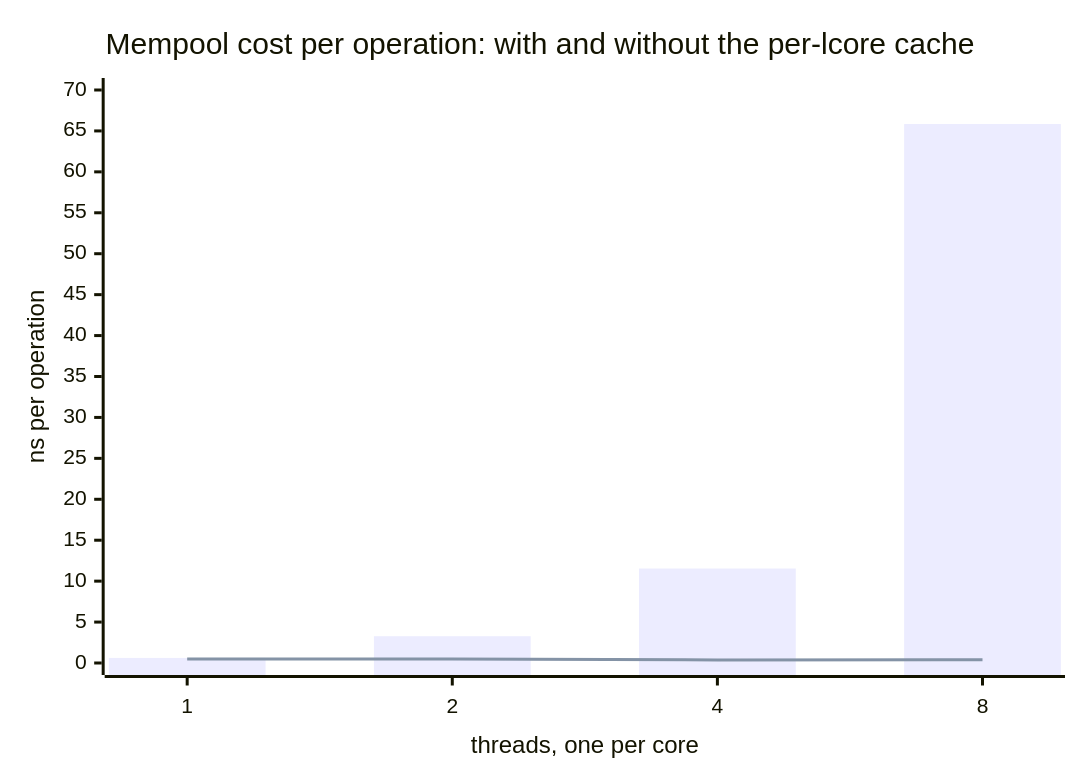
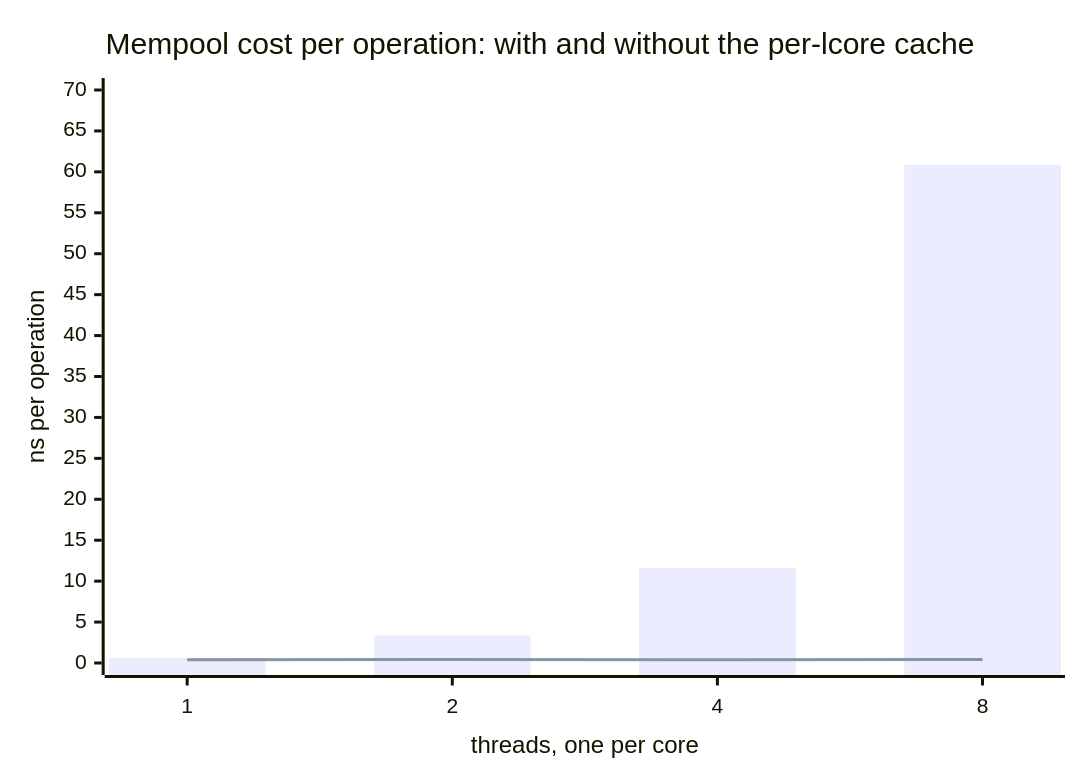
The second of 2 diagrams in trilha/01-fundamentos/02-mempool-ring/alternativas/cpp23/README.en.md (hroberto/labs-dpdk-academy), drawn with Mermaid before and after one commit. The commit also changed other lines of this file and 42 other files, not shown here.

````diff
--- a/trilha/01-fundamentos/02-mempool-ring/alternativas/cpp23/README.en.md
+++ b/trilha/01-fundamentos/02-mempool-ring/alternativas/cpp23/README.en.md
@@ -269,8 +269,8 @@
 ```mermaid
 xychart-beta
     title "Mempool cost per operation: with and without the per-lcore cache"
     x-axis "threads, one per core" ["1", "2", "4", "8"]
     y-axis "ns per operation" 0 --> 70
-    bar "without cache (cache_size = 0)" [0.62, 3.27, 11.54, 65.84]
-    line "with cache (cache_size = 512)" [0.48, 0.48, 0.38, 0.41]
+    bar "without cache (cache_size = 0)" [0.62, 3.37, 11.61, 60.87]
+    line "with cache (cache_size = 512)" [0.41, 0.42, 0.41, 0.42]
 ```
````
